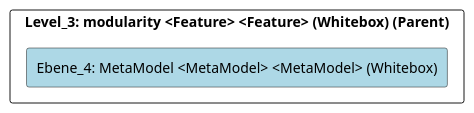
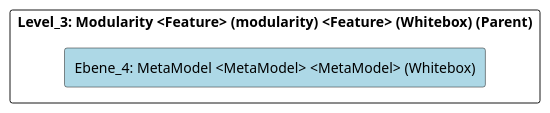
Before and after one commit to marcozwyssig/cleon: the diagram in doc/cleonproject_deliverables_architecture_model_architecture/adoc/de/05_bausteinsicht/cleon/common/modularity/metamodel/ebene_4_metamodel.adoc, drawn with PlantUML. The commit also changed other lines of this file and 166 other files, not shown here.

```diff
--- a/doc/cleonproject_deliverables_architecture_model_architecture/adoc/de/05_bausteinsicht/cleon/common/modularity/metamodel/ebene_4_metamodel.adoc
+++ b/doc/cleonproject_deliverables_architecture_model_architecture/adoc/de/05_bausteinsicht/cleon/common/modularity/metamodel/ebene_4_metamodel.adoc
@@ -20,24 +20,24 @@
 [plantuml, Ebene_4: MetaModel <MetaModel> <MetaModel> (Whitebox)BlockOverview, format="svg"]
 ----
 @startuml Ebene_4: MetaModel <MetaModel> <MetaModel> (Whitebox)BuildingBlockOverview
 
 skinparam ranksep 10
 skinparam componentStyle rectangle
 skinparam shadowing false
 skinparam arrowColor lightblue
 skinparam arrowThickness 1.2
 skinparam rectangle {
   BackgroundColor White
   BorderColor #333
   RoundCorner 10
 }
 top to bottom direction
 
-component "Level_3: modularity <Feature> <Feature> (Whitebox) (Parent)" {
+component "Level_3: Modularity <Feature> (modularity) <Feature> (Whitebox) (Parent)" {
     component "Ebene_4: MetaModel <MetaModel> <MetaModel> (Whitebox)" #lightblue {
     }
 
 }
 
 @enduml
 ----
```
